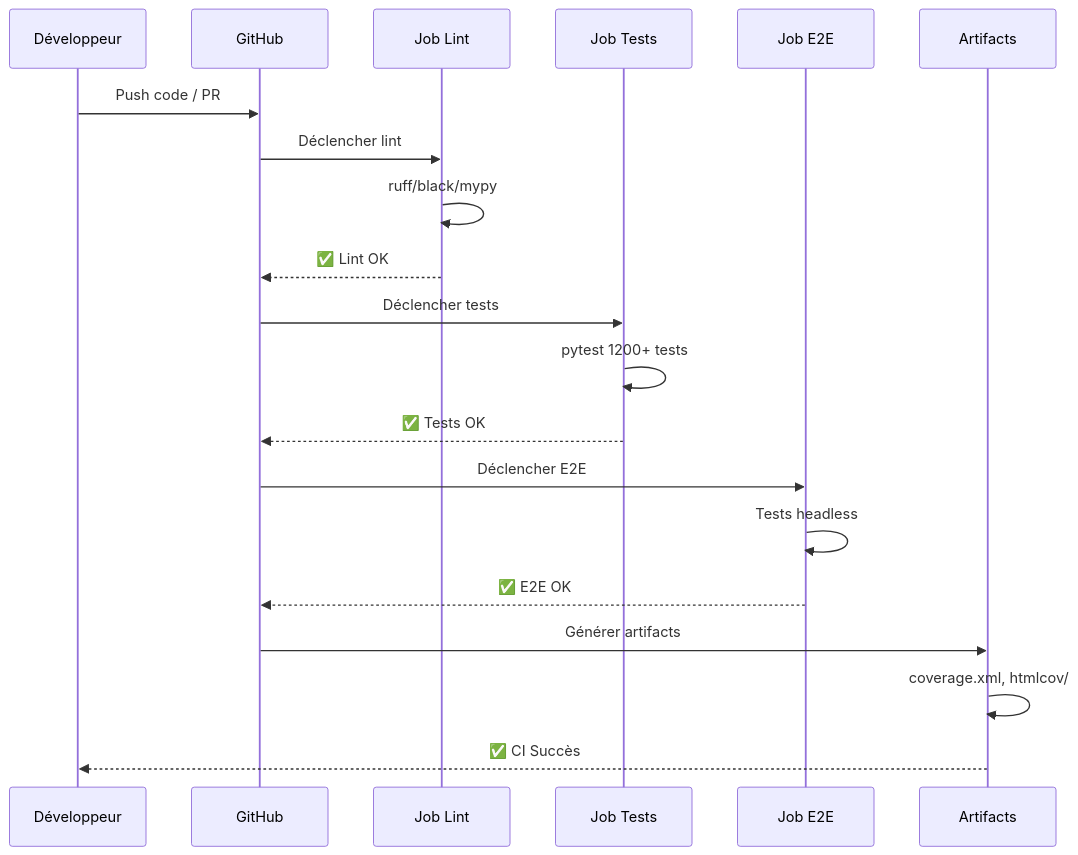
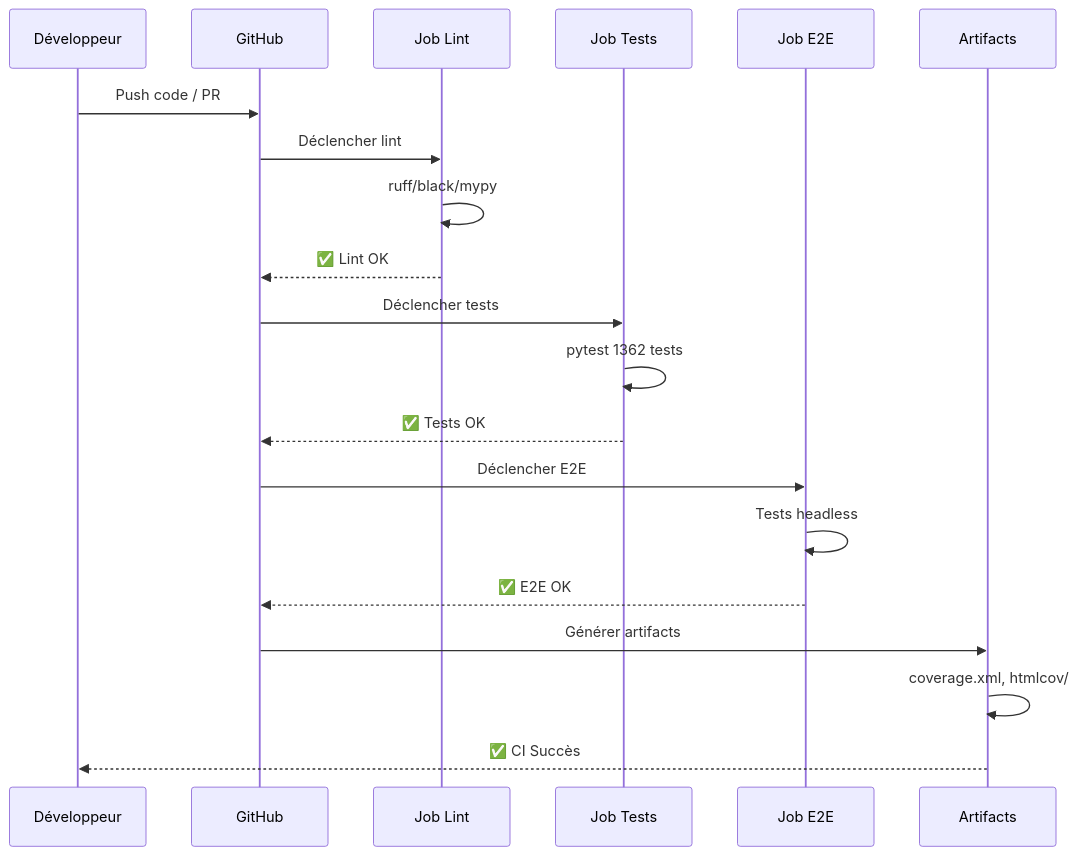
One commit to arkalia-luna-system/bbia-sim changed the second of 2 diagrams in docs/deployment/PIPELINE_CI.md. Above: the diagram before and after it, drawn with Mermaid. The commit also changed other lines of this file and 5 other files, not shown here.

````diff
--- a/docs/deployment/PIPELINE_CI.md
+++ b/docs/deployment/PIPELINE_CI.md
@@ -48,26 +48,26 @@
 ```mermaid
 sequenceDiagram
     participant Dev as Développeur
     participant GitHub as GitHub
     participant Lint as Job Lint
     participant Tests as Job Tests
     participant E2E as Job E2E
     participant Artifacts as Artifacts
     
     Dev->>GitHub: Push code / PR
     GitHub->>Lint: Déclencher lint
     Lint->>Lint: ruff/black/mypy
     Lint-->>GitHub: ✅ Lint OK
     
     GitHub->>Tests: Déclencher tests
-    Tests->>Tests: pytest 1200+ tests
+    Tests->>Tests: pytest 1362 tests
     Tests-->>GitHub: ✅ Tests OK
     
     GitHub->>E2E: Déclencher E2E
     E2E->>E2E: Tests headless
     E2E-->>GitHub: ✅ E2E OK
     
     GitHub->>Artifacts: Générer artifacts
     Artifacts->>Artifacts: coverage.xml, htmlcov/
     Artifacts-->>Dev: ✅ CI Succès
 ```
````
